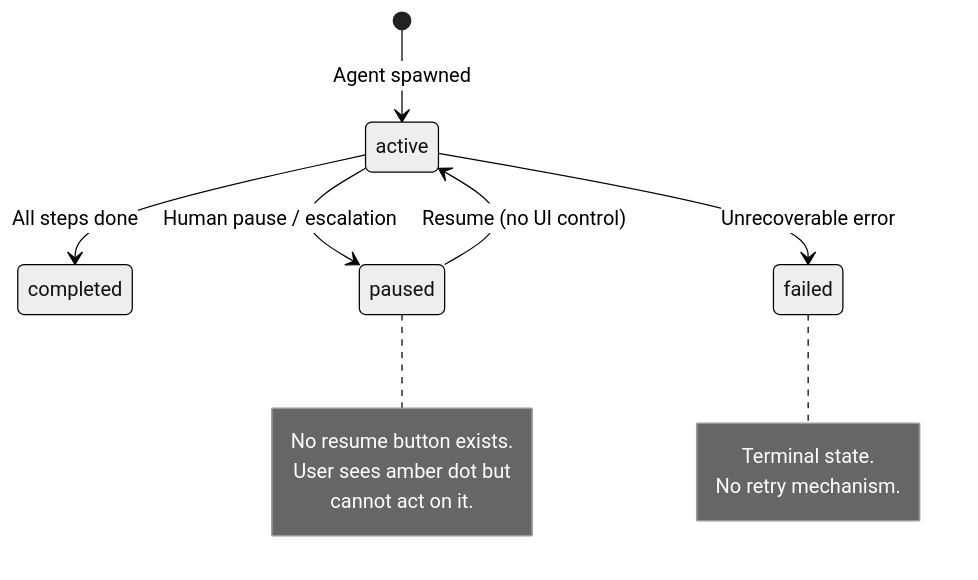
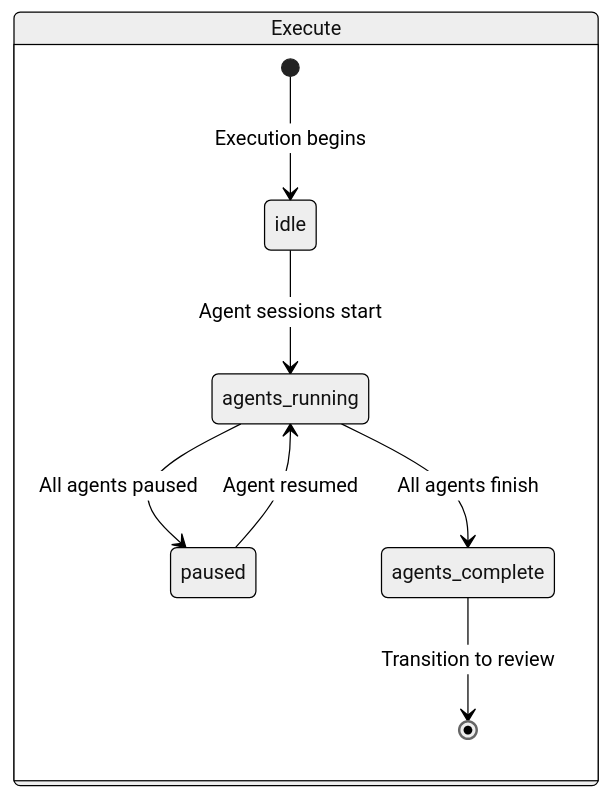
Before and after one commit to 45ck/mission-control-ui: the third of 9 diagrams in docs/hci/state-model.md, drawn with Mermaid (neutral theme). The commit also changed other lines of this file and 51 other files, not shown here.

````diff
--- a/docs/hci/state-model.md
+++ b/docs/hci/state-model.md
@@ -251,19 +89,11 @@
 ```mermaid
 stateDiagram-v2
-    [*] --> active : Agent spawned
-    active --> completed : All steps done
-    active --> paused : Human pause / escalation
-    active --> failed : Unrecoverable error
-    paused --> active : Resume (no UI control)
-
-    note right of paused
-        No resume button exists.
-        User sees amber dot but
-        cannot act on it.
-    end note
-
-    note right of failed
-        Terminal state.
-        No retry mechanism.
-    end note
+    state Execute {
+        [*] --> idle : Execution begins
+        idle --> agents_running : Agent sessions start
+        agents_running --> paused : All agents paused
+        paused --> agents_running : Agent resumed
+        agents_running --> agents_complete : All agents finish
+        agents_complete --> [*] : Transition to review
+    }
 ```
````
